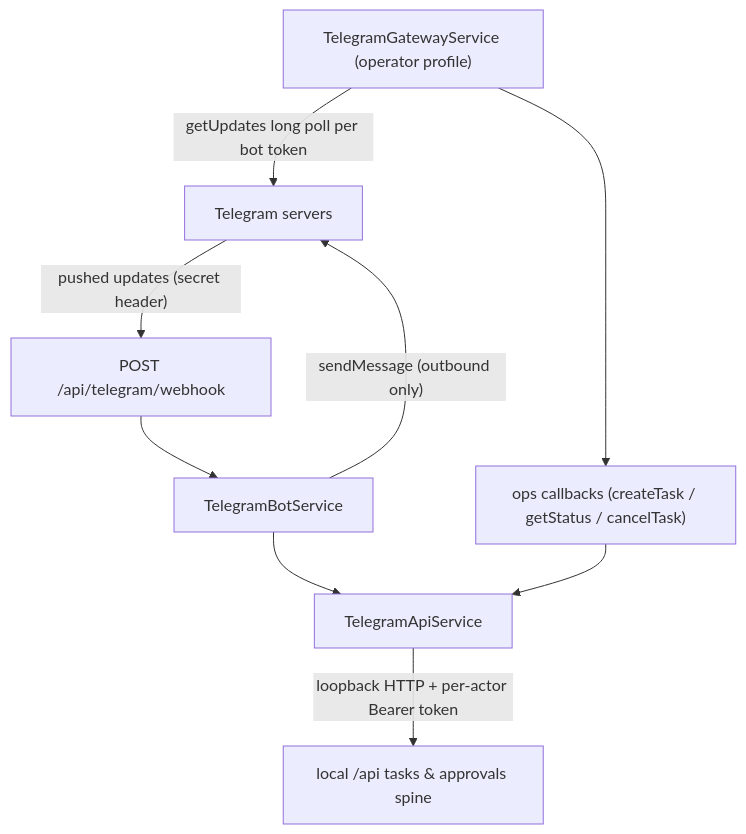
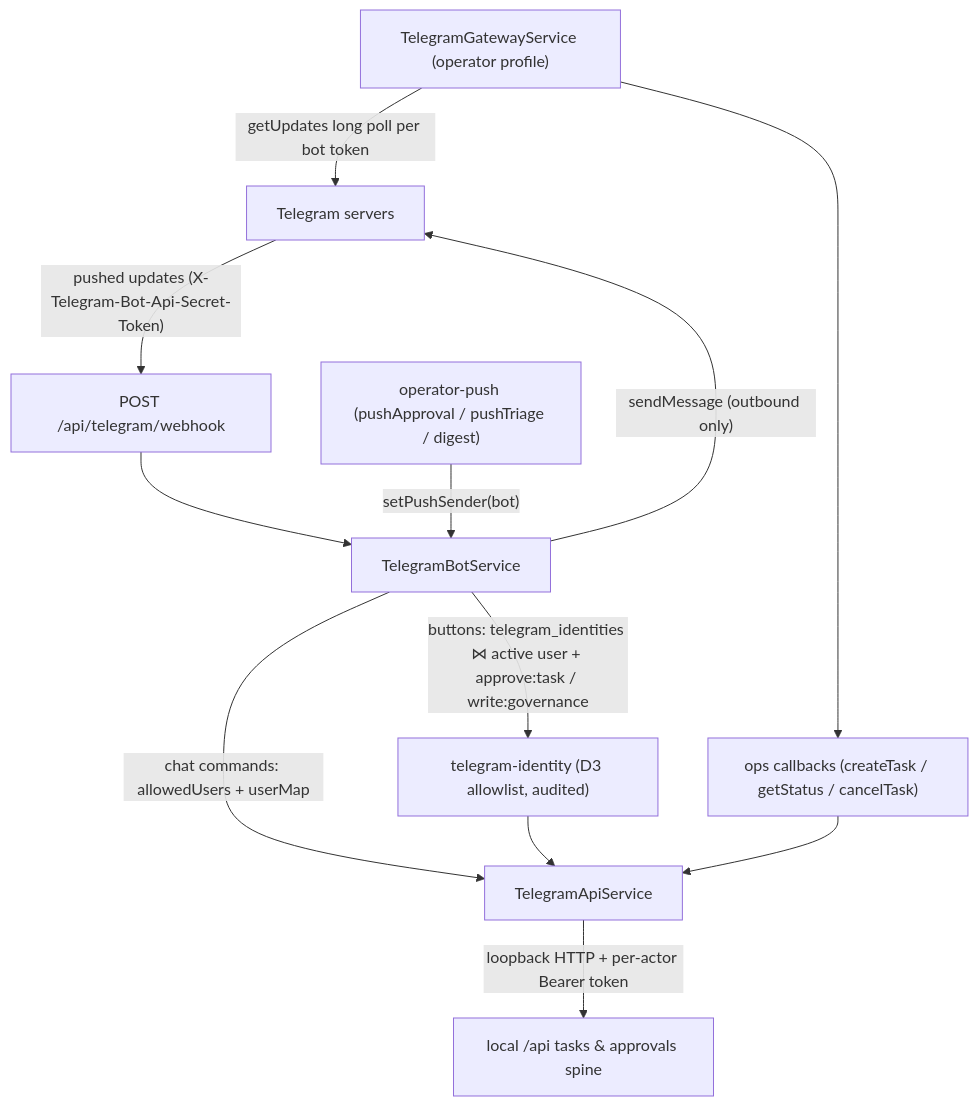
One commit to djimit/djimitflo changed the diagram in openwiki/integrations/telegram-bot.md. Above: the diagram before and after it, drawn with Mermaid. The commit also changed other lines of this file and 42 other files, not shown here.

````diff
--- a/openwiki/integrations/telegram-bot.md
+++ b/openwiki/integrations/telegram-bot.md
@@ -63,11 +93,14 @@
 ```mermaid
 flowchart TD
-  TG["Telegram servers"] -->|"pushed updates (secret header)"| WH["POST /api/telegram/webhook"]
+  TG["Telegram servers"] -->|"pushed updates (X-Telegram-Bot-Api-Secret-Token)"| WH["POST /api/telegram/webhook"]
   GW["TelegramGatewayService (operator profile)"] -->|"getUpdates long poll per bot token"| TG
   WH --> SVC["TelegramBotService"]
   GW --> SVC2["ops callbacks (createTask / getStatus / cancelTask)"]
-  SVC --> TAPI["TelegramApiService"]
+  SVC -->|"chat commands: allowedUsers + userMap"| TAPI["TelegramApiService"]
+  SVC -->|"buttons: telegram_identities ⋈ active user + approve:task / write:governance"| D3["telegram-identity (D3 allowlist, audited)"]
+  D3 --> TAPI
   SVC2 --> TAPI
   TAPI -->|"loopback HTTP + per-actor Bearer token"| API["local /api tasks & approvals spine"]
+  PUSH["operator-push (pushApproval / pushTriage / digest)"] -->|"setPushSender(bot)"| SVC
   SVC -->|"sendMessage (outbound only)"| TG
 ```
````
